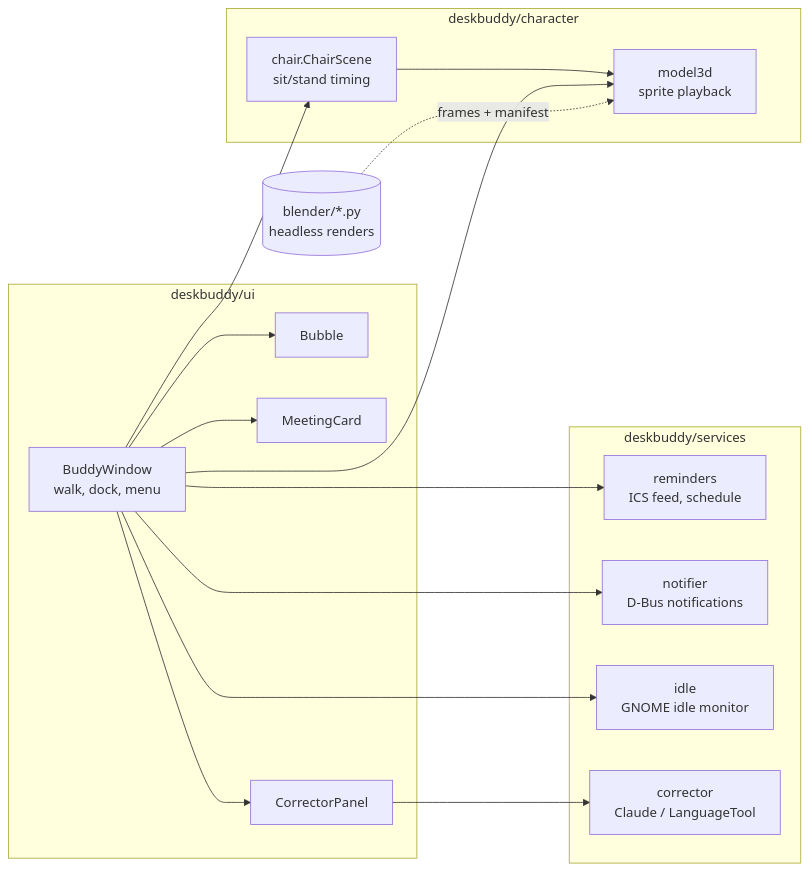
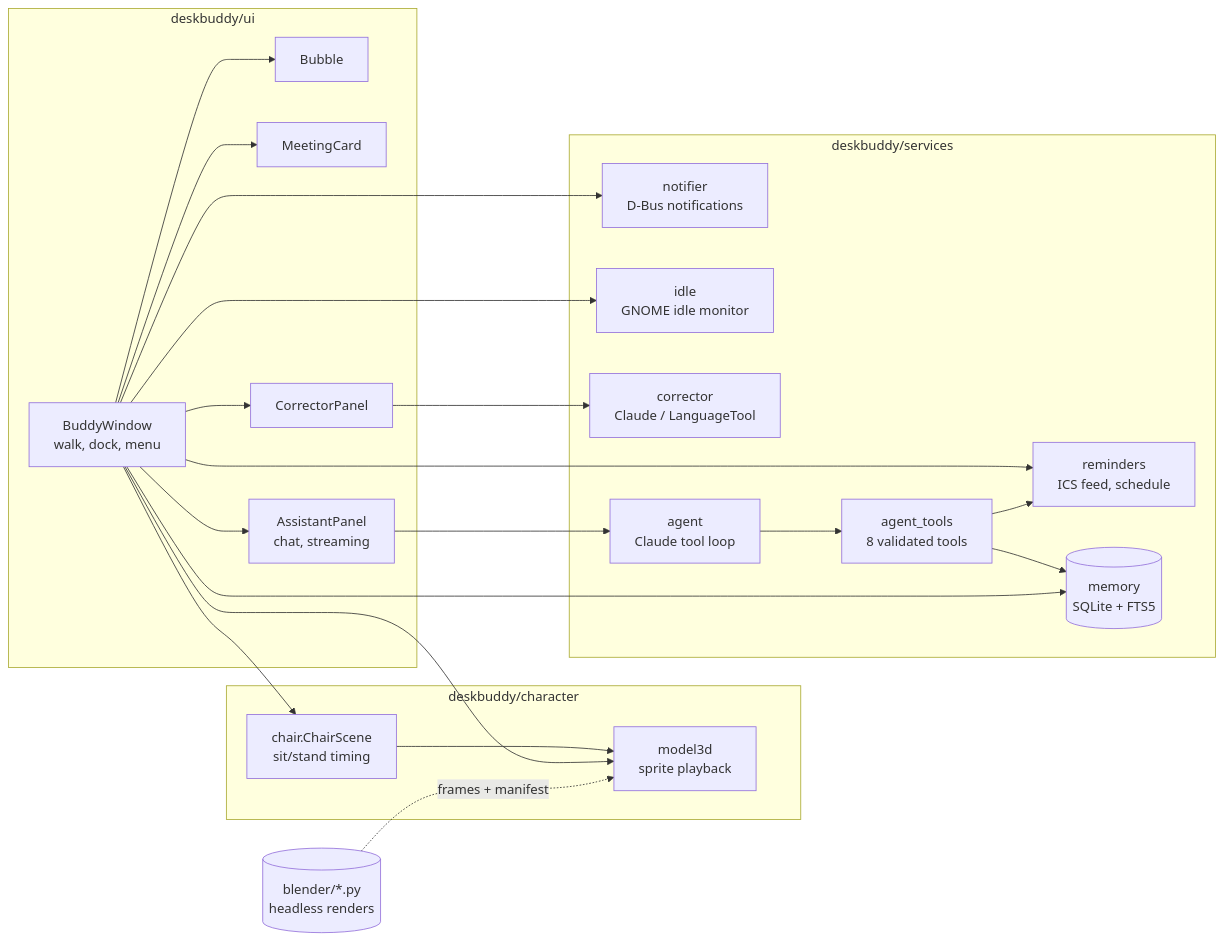
Before and after one commit to ChandraSKN/Desktop-buddy-: the diagram in README.md, drawn with Mermaid. The commit also changed other lines of this file and 12 other files, not shown here.

````diff
--- a/README.md
+++ b/README.md
@@ -165,22 +211,29 @@
 ```mermaid
 flowchart LR
     subgraph ui[deskbuddy/ui]
         W[BuddyWindow<br/>walk, dock, menu] --> B[Bubble]
         W --> MC[MeetingCard]
         W --> CP[CorrectorPanel]
+        W --> AP[AssistantPanel<br/>chat, streaming]
     end
     subgraph character[deskbuddy/character]
         CH[chair.ChairScene<br/>sit/stand timing] --> M3[model3d<br/>sprite playback]
     end
     subgraph services[deskbuddy/services]
         R[reminders<br/>ICS feed, schedule]
         N[notifier<br/>D-Bus notifications]
         I[idle<br/>GNOME idle monitor]
         C[corrector<br/>Claude / LanguageTool]
+        AG[agent<br/>Claude tool loop]
+        T[agent_tools<br/>8 validated tools]
+        MEM[(memory<br/>SQLite + FTS5)]
     end
     W --> CH
     W --> M3
     W --> R & N & I
     CP --> C
+    AP --> AG --> T
+    T --> MEM & R
+    W --> MEM
     BL[(blender/*.py<br/>headless renders)] -. frames + manifest .-> M3
 ```
````
